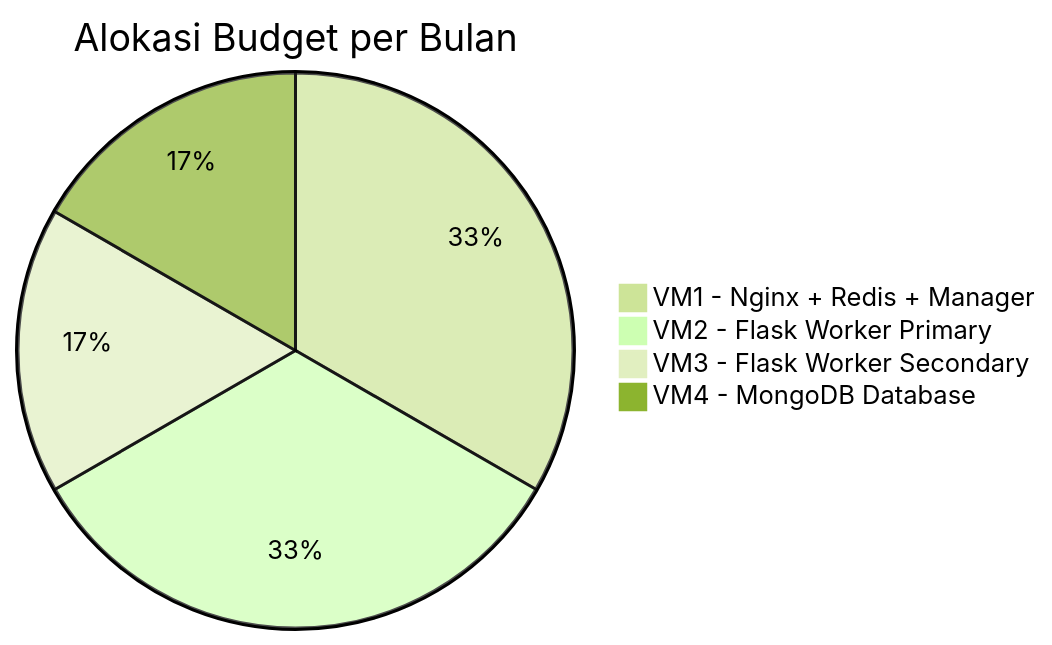
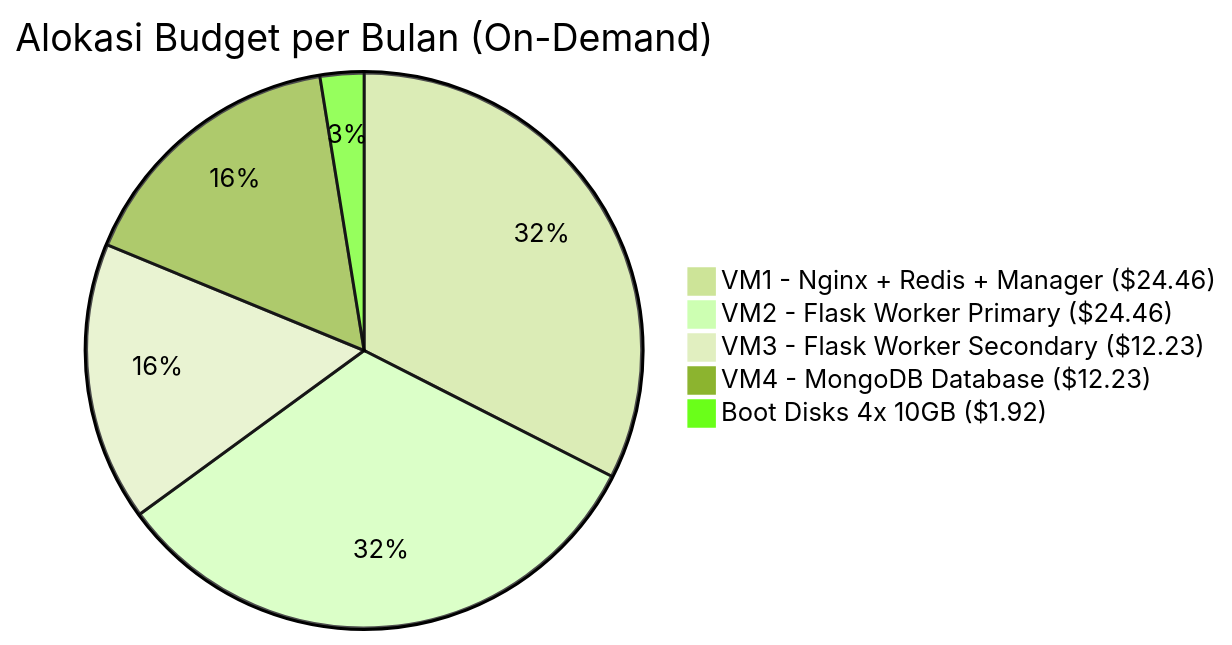
Before and after one commit to baboey/fp-tka-1: the second of 5 diagrams in README.md, drawn with Mermaid (forest theme). The commit also changed other lines of this file and 6 other files, not shown here.

````diff
--- a/README.md
+++ b/README.md
@@ -184,7 +189,8 @@
 ```mermaid
-pie title Alokasi Budget per Bulan
-    "VM1 - Nginx + Redis + Manager" : 24.46
-    "VM2 - Flask Worker Primary" : 24.46
-    "VM3 - Flask Worker Secondary" : 12.23
-    "VM4 - MongoDB Database" : 12.23
+pie title Alokasi Budget per Bulan (On-Demand)
+    "VM1 - Nginx + Redis + Manager ($24.46)" : 24.46
+    "VM2 - Flask Worker Primary ($24.46)" : 24.46
+    "VM3 - Flask Worker Secondary ($12.23)" : 12.23
+    "VM4 - MongoDB Database ($12.23)" : 12.23
+    "Boot Disks 4x 10GB ($1.92)" : 1.92
 ```
````
